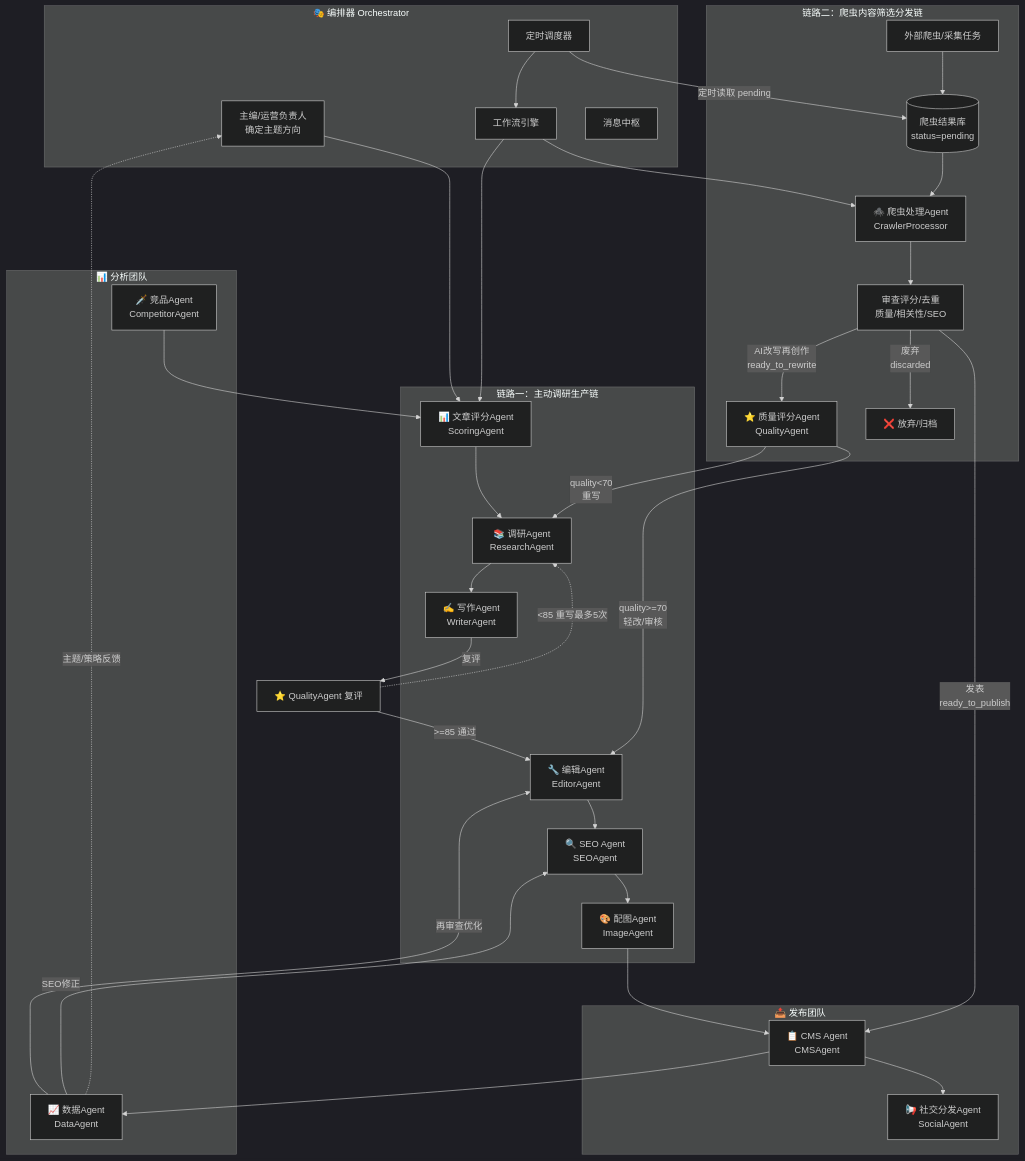
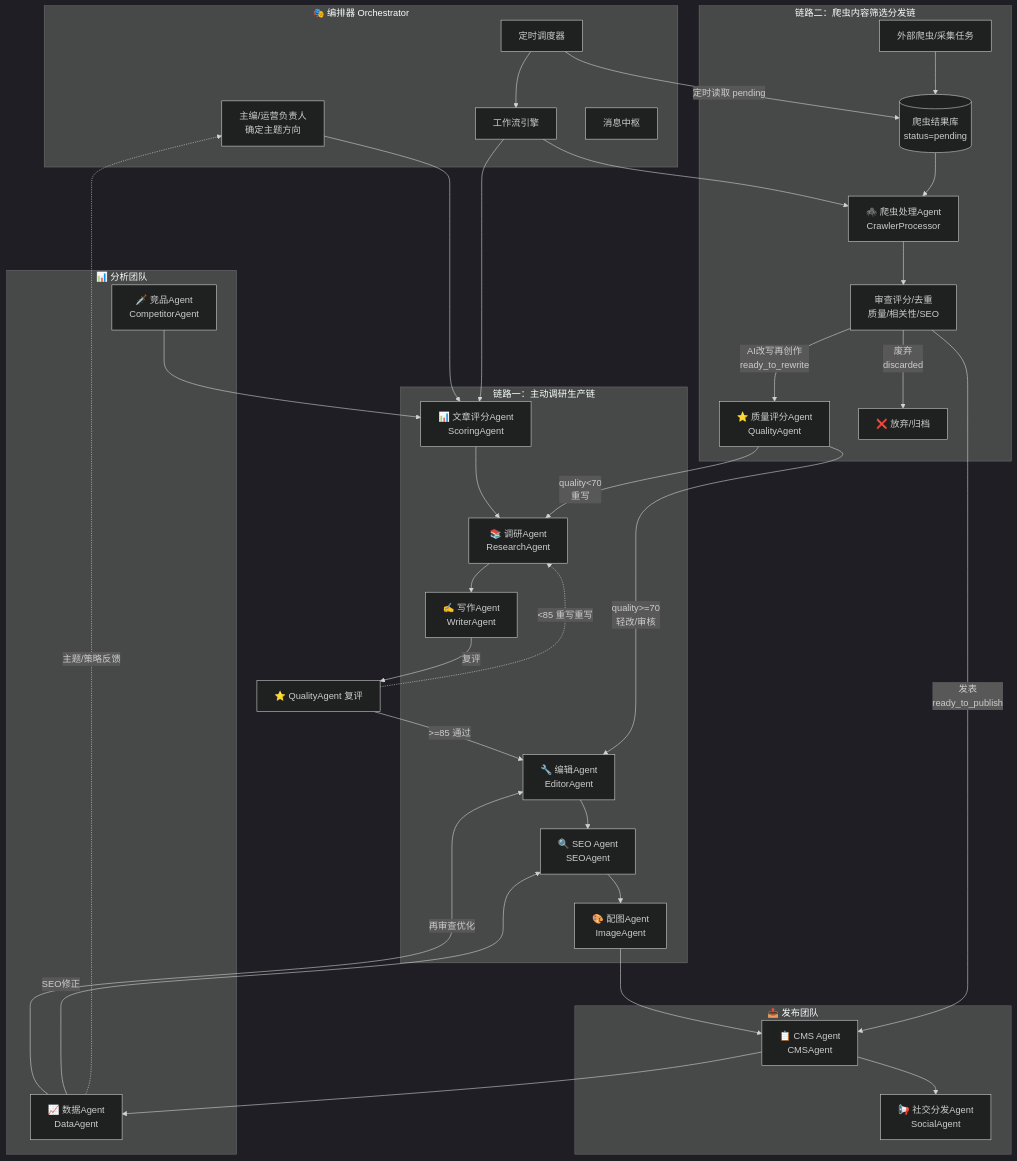
Before and after one commit to flyingsnowzz/Multi-Agent-Automatic-Operation-Website: the second of 2 diagrams in 01-Agent架构图.md, drawn with Mermaid (dark theme). The commit also changed 6 other files, not shown here.

`````diff
--- a/01-Agent架构图.md
+++ b/01-Agent架构图.md
@@ -50,63 +50,63 @@
 ```mermaid
 flowchart TD
     subgraph ORCHESTRATOR["🎭 编排器 Orchestrator"]
         CHIEF["主编/运营负责人<br/>确定主题方向"]
         SCHEDULER["定时调度器"]
         WORKFLOW["工作流引擎"]
         HUB["消息中枢"]
     end
 
     subgraph ACTIVE["链路一：主动调研生产链"]
         SCORE["📊 文章评分Agent<br/>ScoringAgent"]
         RESEARCH["📚 调研Agent<br/>ResearchAgent"]
         WRITER["✍️ 写作Agent<br/>WriterAgent"]
         EDITOR["🔧 编辑Agent<br/>EditorAgent"]
         SEO["🔍 SEO Agent<br/>SEOAgent"]
         IMAGE["🎨 配图Agent<br/>ImageAgent"]
     end
 
     subgraph CRAWLER_FLOW["链路二：爬虫内容筛选分发链"]
         SPIDER["外部爬虫/采集任务"]
         CRAWLER_DB[("爬虫结果库<br/>status=pending")]
         CRAWLER["🕷️ 爬虫处理Agent<br/>CrawlerProcessor"]
         REVIEW["审查评分/去重<br/>质量/相关性/SEO"]
         QUALITY["⭐ 质量评分Agent<br/>QualityAgent"]
         DISCARD["❌ 放弃/归档"]
     end
 
     subgraph PUBLISH["📤 发布团队"]
         CMS["📋 CMS Agent<br/>CMSAgent"]
         SOCIAL["📢 社交分发Agent<br/>SocialAgent"]
     end
 
     subgraph ANALYTICS["📊 分析团队"]
         DATA["📈 数据Agent<br/>DataAgent"]
         COMPETE["🗡️ 竞品Agent<br/>CompetitorAgent"]
     end
 
     CHIEF --> SCORE
     SCHEDULER --> WORKFLOW
     WORKFLOW --> SCORE
     WORKFLOW --> CRAWLER
     SCORE --> RESEARCH --> WRITER
     WRITER -->|"复评"| QUALITY_REV["⭐ QualityAgent 复评"]
     QUALITY_REV -->|">=85 通过"| EDITOR
-    QUALITY_REV -.->|"<85 重写最多5次"| RESEARCH
+    QUALITY_REV -.->|"<85 重写重写"| RESEARCH
     EDITOR --> SEO --> IMAGE --> CMS
 
     SPIDER --> CRAWLER_DB
     SCHEDULER -->|"定时读取 pending"| CRAWLER_DB
     CRAWLER_DB --> CRAWLER --> REVIEW
     REVIEW -->|"发表<br/>ready_to_publish"| CMS
     REVIEW -->|"AI改写再创作<br/>ready_to_rewrite"| QUALITY
     QUALITY -->|"quality<70<br/>重写"| RESEARCH
     QUALITY -->|"quality>=70<br/>轻改/审核"| EDITOR
     REVIEW -->|"废弃<br/>discarded"| DISCARD
 
     CMS --> SOCIAL
     CMS --> DATA
     COMPETE --> SCORE
     DATA -->|"再审查优化"| EDITOR
     DATA -->|"SEO修正"| SEO
     DATA -. "主题/策略反馈" .-> CHIEF
 ````
`````
